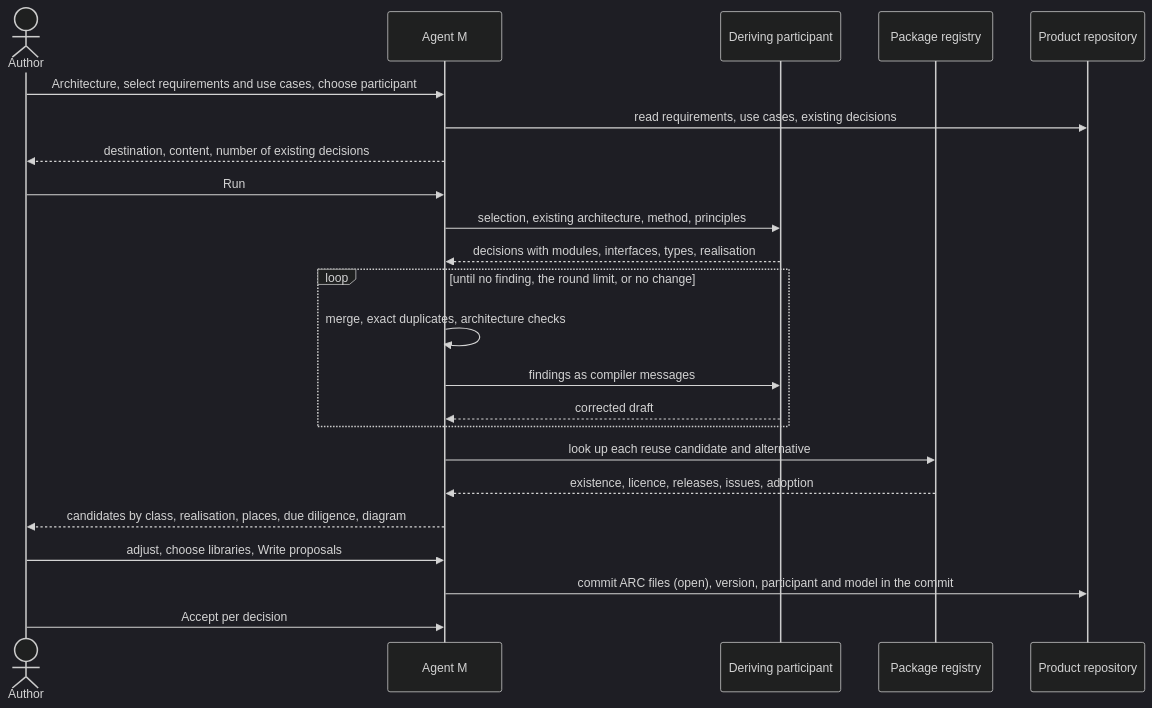
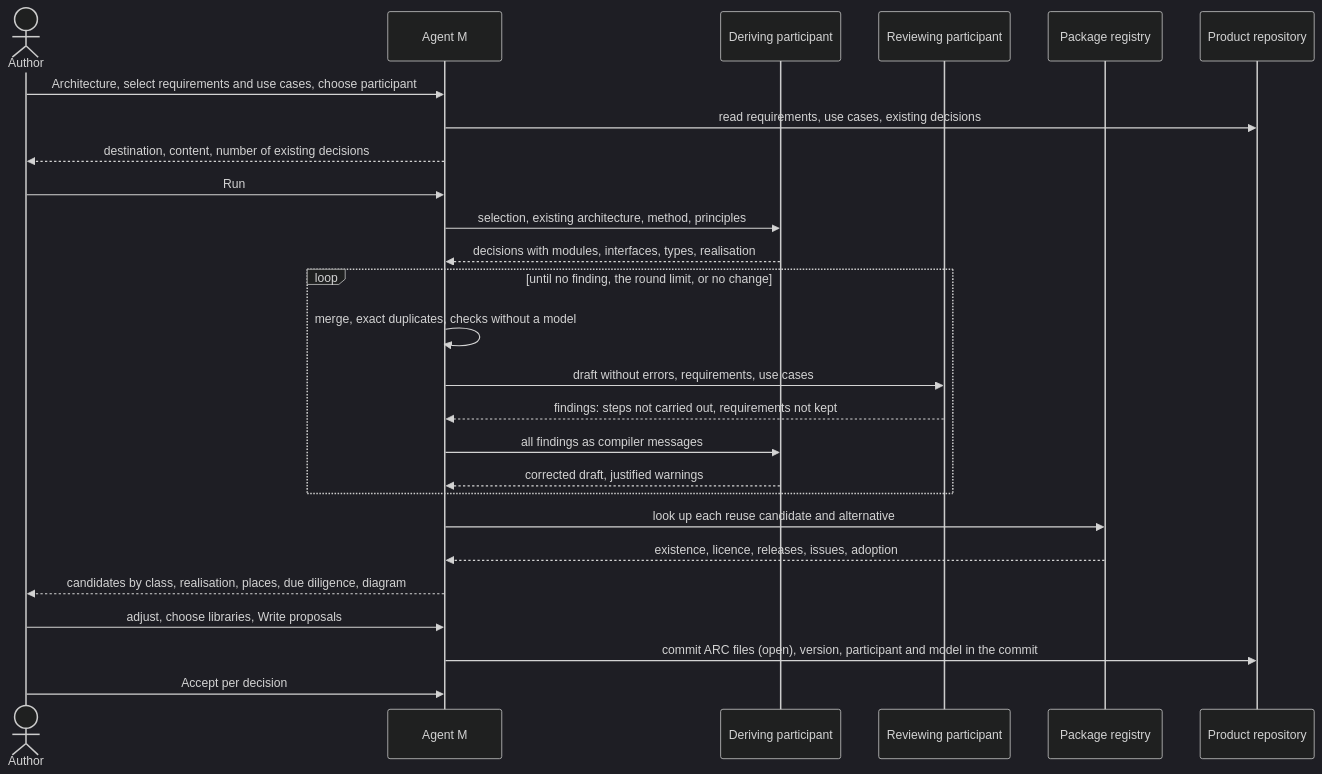
Before and after one commit to akmaier/agent-m: the diagram in docs/use-cases/UC-022-derive-the-architecture.md, drawn with Mermaid (dark theme). The commit also changed other lines of this file and 4 other files, not shown here.

First line of the commit message:
spec(queue 2026-10-03c) and UC-022: the architecture draft is reviewed by a second participant

````diff
--- a/docs/use-cases/UC-022-derive-the-architecture.md
+++ b/docs/use-cases/UC-022-derive-the-architecture.md
@@ -153,25 +176,28 @@
 ```mermaid
 sequenceDiagram
     actor A as Author
     participant M as Agent M
     participant P as Deriving participant
+    participant V as Reviewing participant
     participant R as Package registry
     participant G as Product repository
     A->>M: Architecture, select requirements and use cases, choose participant
     M->>G: read requirements, use cases, existing decisions
     M-->>A: destination, content, number of existing decisions
     A->>M: Run
     M->>P: selection, existing architecture, method, principles
     P-->>M: decisions with modules, interfaces, types, realisation
     loop until no finding, the round limit, or no change
-        M->>M: merge, exact duplicates, architecture checks
-        M->>P: findings as compiler messages
-        P-->>M: corrected draft
+        M->>M: merge, exact duplicates, checks without a model
+        M->>V: draft without errors, requirements, use cases
+        V-->>M: findings: steps not carried out, requirements not kept
+        M->>P: all findings as compiler messages
+        P-->>M: corrected draft, justified warnings
     end
     M->>R: look up each reuse candidate and alternative
     R-->>M: existence, licence, releases, issues, adoption
     M-->>A: candidates by class, realisation, places, due diligence, diagram
     A->>M: adjust, choose libraries, Write proposals
     M->>G: commit ARC files (open), version, participant and model in the commit
     A->>M: Accept per decision
 ```
````
